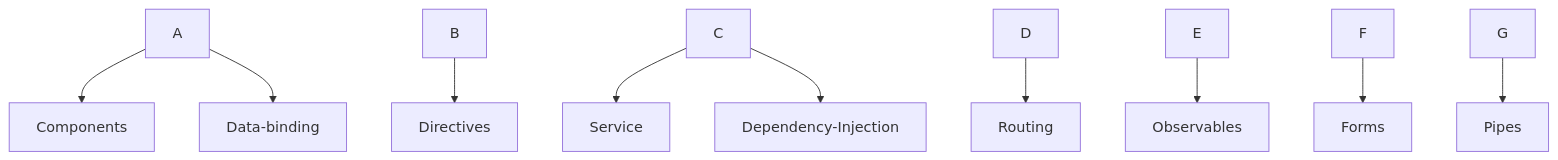
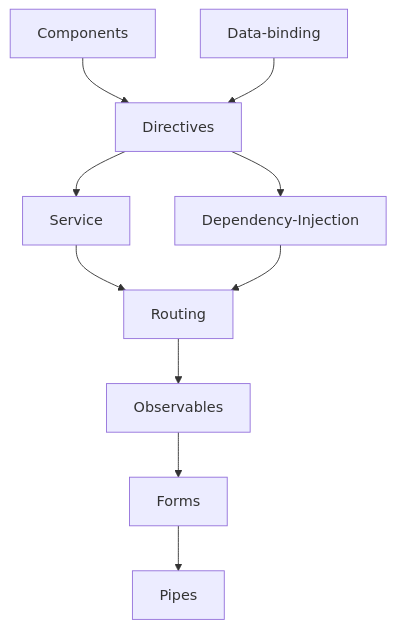
One commit to jdlopez-dev/angular-notes changed the diagram in README.md. Above: the diagram before and after it, drawn with Mermaid.

````diff
--- a/README.md
+++ b/README.md
@@ -3,10 +3,9 @@
 ```mermaid
 graph TD;
-    A-->Components & Data-binding;
-    B-->Directives;
-    C-->Service & Dependency-Injection;
-    D-->Routing;
-    E-->Observables;
-    F-->Forms;
-    G-->Pipes;
+    Components & Data-binding-->Directives;
+    Directives-->Service & Dependency-Injection;
+    Service & Dependency-Injection-->Routing;
+    Routing-->Observables;
+    Observables-->Forms;
+    Forms-->Pipes;
 ```
````
